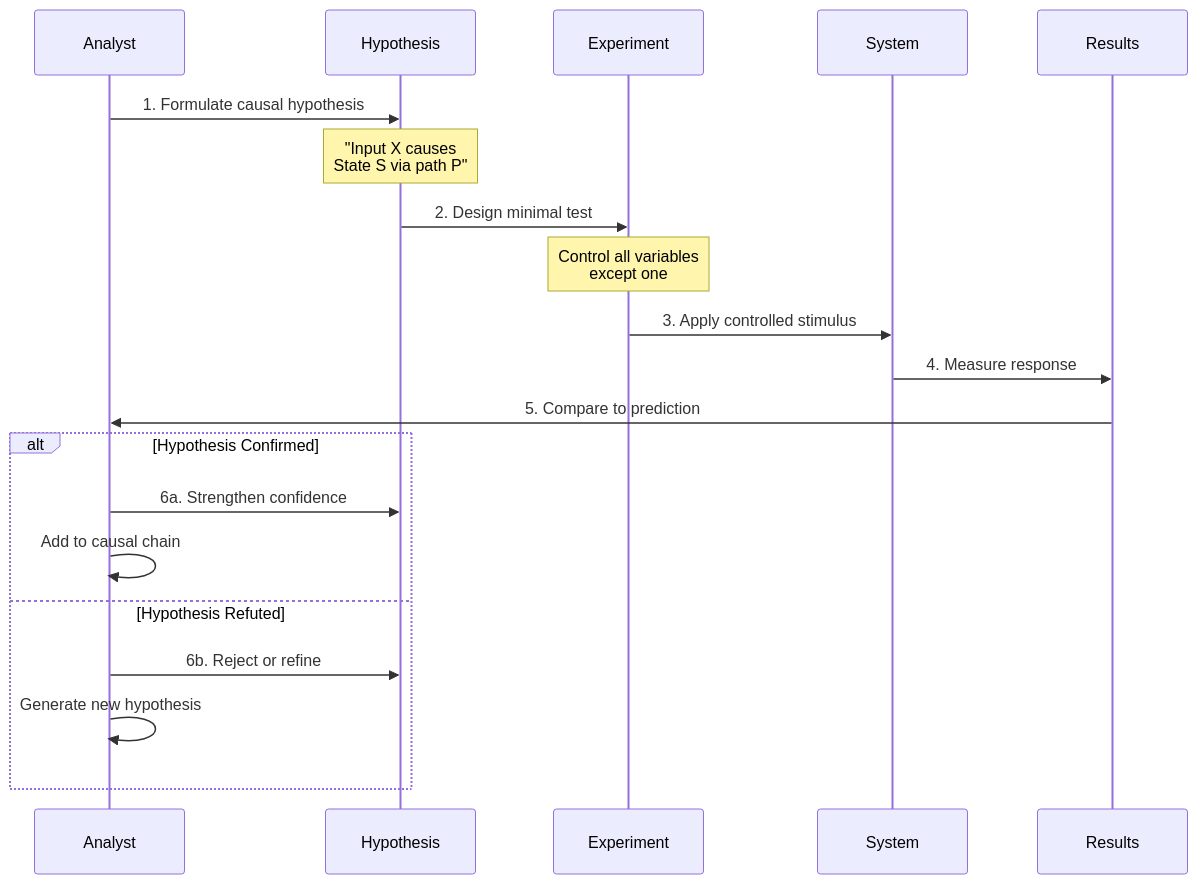
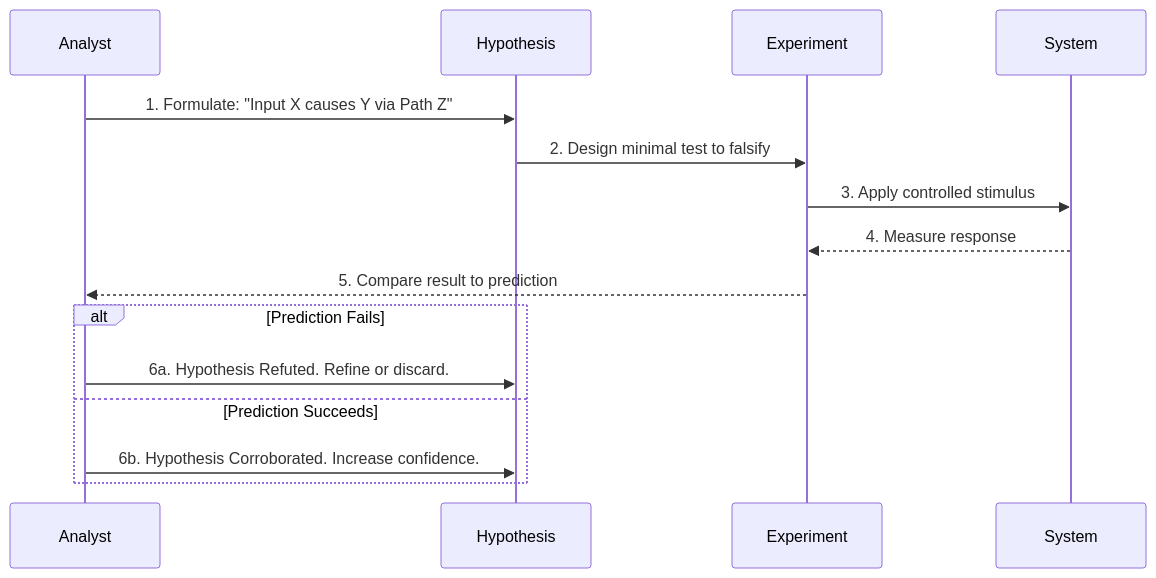
Before and after one commit to NikolasMarkou/prompt_collections: the ninth of 13 diagrams in system_reverse_engineering.md, drawn with Mermaid. The commit also changed other lines of this file, not shown here.

````diff
--- a/system_reverse_engineering.md
+++ b/system_reverse_engineering.md
@@ -641,27 +223,18 @@
-```mermaid
-sequenceDiagram
-    participant Analyst
-    participant Hypothesis
-    participant Experiment
-    participant System
-    participant Results
-    
-    Analyst->>Hypothesis: 1. Formulate causal hypothesis
-    Note over Hypothesis: "Input X causes<br/>State S via path P"
-    
-    Hypothesis->>Experiment: 2. Design minimal test
-    Note over Experiment: Control all variables<br/>except one
-    
-    Experiment->>System: 3. Apply controlled stimulus
-    System->>Results: 4. Measure response
-    
-    Results->>Analyst: 5. Compare to prediction
-    
-    alt Hypothesis Confirmed
-        Analyst->>Hypothesis: 6a. Strengthen confidence
-        Analyst->>Analyst: Add to causal chain
-    else Hypothesis Refuted
-        Analyst->>Hypothesis: 6b. Reject or refine
-        Analyst->>Analyst: Generate new hypothesis
-    end
-```
+        ```mermaid
+        sequenceDiagram
+            participant Analyst
+            participant Hypothesis
+            participant Experiment
+            participant System
+            
+            Analyst->>Hypothesis: 1. Formulate: "Input X causes Y via Path Z"
+            Hypothesis->>Experiment: 2. Design minimal test to falsify
+            Experiment->>System: 3. Apply controlled stimulus
+            System-->>Experiment: 4. Measure response
+            Experiment-->>Analyst: 5. Compare result to prediction
+            alt Prediction Fails
+                Analyst->>Hypothesis: 6a. Hypothesis Refuted. Refine or discard.
+            else Prediction Succeeds
+                Analyst->>Hypothesis: 6b. Hypothesis Corroborated. Increase confidence.
+            end
+        ```
````
